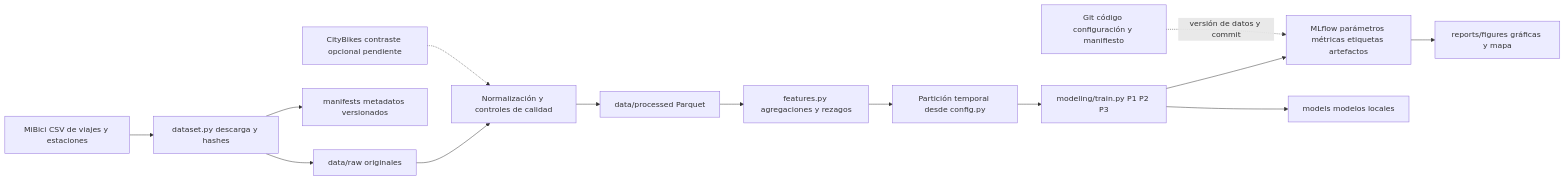
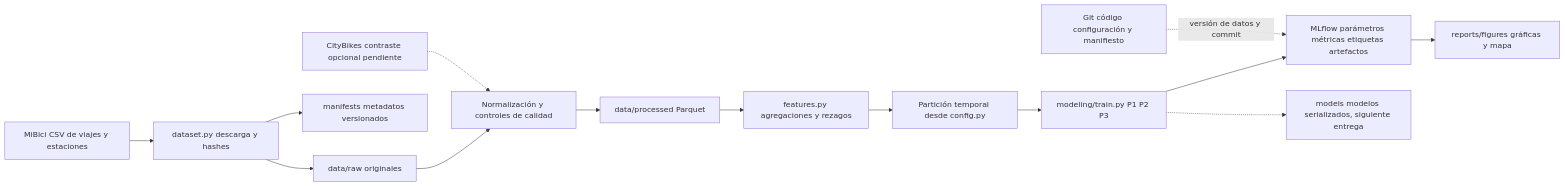
One commit to MNA-MLOps-Grupo26/TC5061-Proyecto-Equipo26 changed the diagram in references/arquitectura.md. Above: the diagram before and after it, drawn with Mermaid. The commit also changed other lines of this file and 15 other files, not shown here.

````diff
--- a/references/arquitectura.md
+++ b/references/arquitectura.md
@@ -10,16 +11,16 @@
 ```mermaid
 flowchart LR
     A[MiBici CSV de viajes y estaciones] --> B[dataset.py descarga y hashes]
     B --> C[data/raw originales]
     B --> M[manifests metadatos versionados]
     C --> D[Normalización y controles de calidad]
     D --> E[data/processed Parquet]
     E --> F[features.py agregaciones y rezagos]
     F --> G[Partición temporal desde config.py]
     G --> H[modeling/train.py P1 P2 P3]
     H --> I[MLflow parámetros métricas etiquetas artefactos]
-    H --> J[models modelos locales]
+    H -.-> J[models modelos serializados, siguiente entrega]
     I --> K[reports/figures gráficas y mapa]
     L[Git código configuración y manifiesto] -. versión de datos y commit .-> I
     X[CityBikes contraste opcional pendiente] -.-> D
 ```
````
